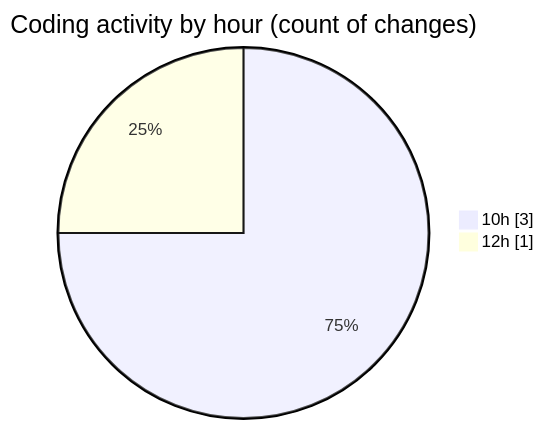
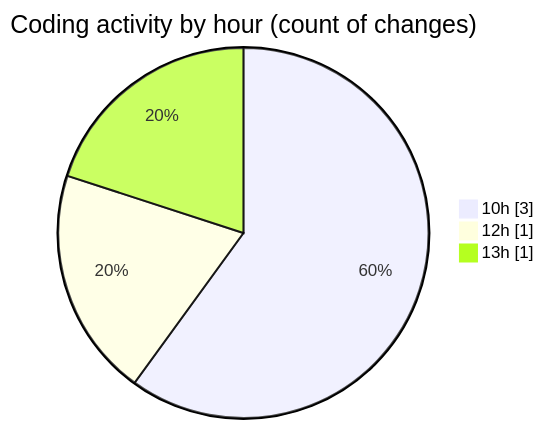
The second of 2 diagrams in 2026-09-16/cilreports__workspace_/README.md (ricardozamudiocil/code-tracking), drawn with Mermaid before and after one commit. The commit also changed other lines of this file and 1 other file, not shown here.

````diff
--- a/2026-09-16/cilreports__workspace_/README.md
+++ b/2026-09-16/cilreports__workspace_/README.md
@@ -30,6 +32,7 @@
 ```mermaid
 pie showData
 title Coding activity by hour (count of changes)
 "10h" : 3
 "12h" : 1
+"13h" : 1
 ```
````
